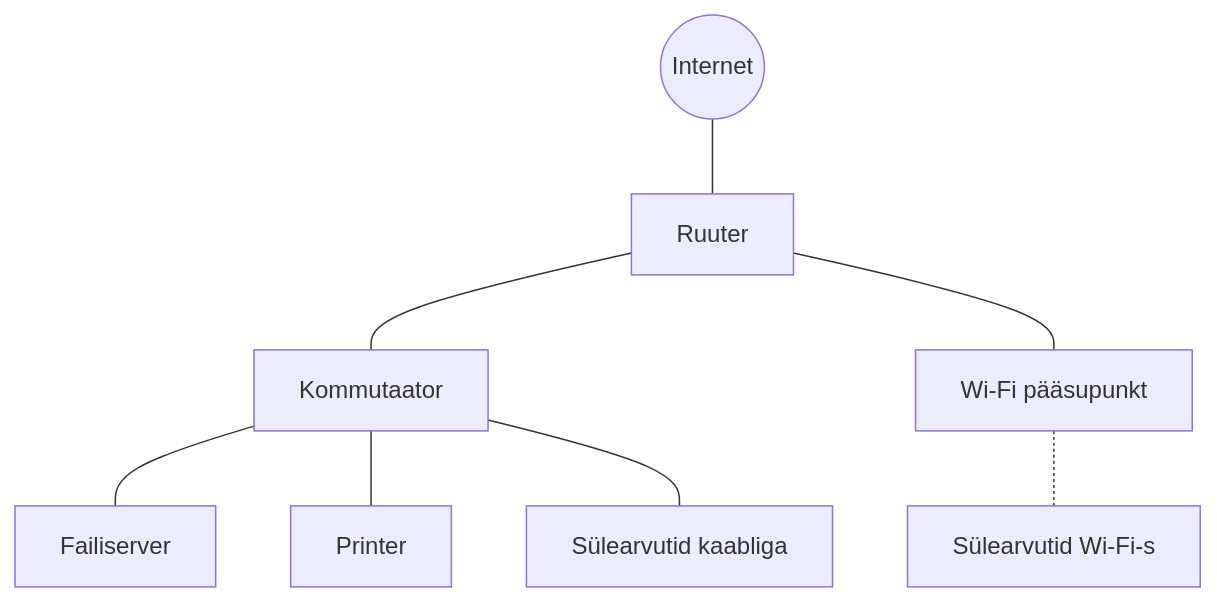
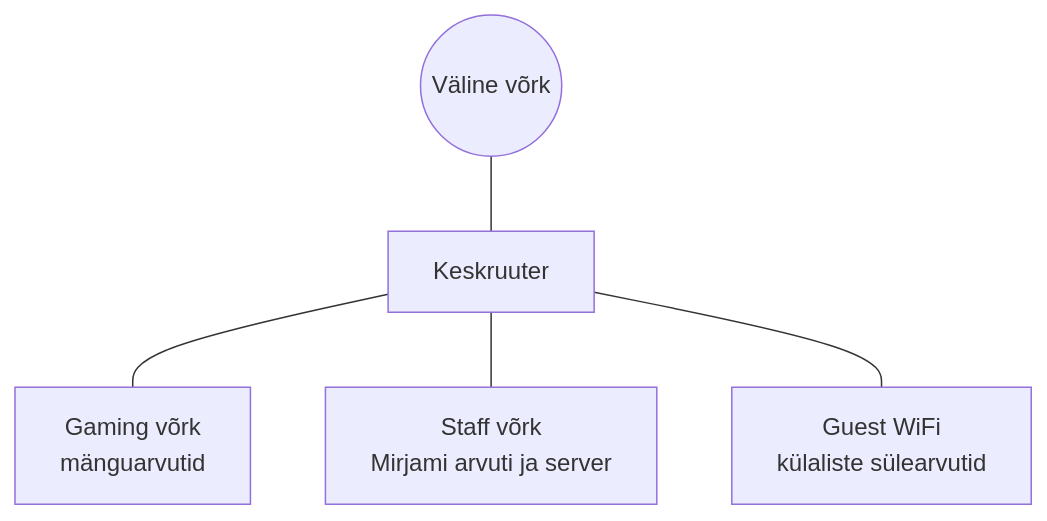
The diagram in docs/arvutivorgud/sissejuhatus.md (vikatgen/oppematerjalid), drawn with Mermaid before and after one commit. The commit also changed other lines of this file and 19 other files, not shown here.

````diff
--- a/docs/arvutivorgud/sissejuhatus.md
+++ b/docs/arvutivorgud/sissejuhatus.md
@@ -36,10 +30,7 @@
 ```mermaid
 flowchart TB
-    Net((Internet)) --- R[Ruuter]
-    R --- SW[Kommutaator]
-    R --- AP[Wi-Fi pääsupunkt]
-    SW --- S[Failiserver]
-    SW --- P[Printer]
-    SW --- L1[Sülearvutid kaabliga]
-    AP -.- L2[Sülearvutid Wi-Fi-s]
+    Net((Väline võrk)) --- R[Keskruuter]
+    R --- G[Gaming võrk<br/>mänguarvutid]
+    R --- S[Staff võrk<br/>Mirjami arvuti ja server]
+    R --- W[Guest WiFi<br/>külaliste sülearvutid]
 ```
````
